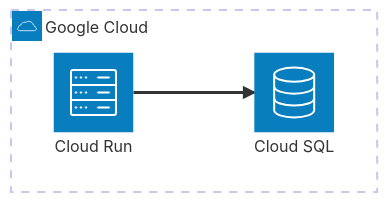
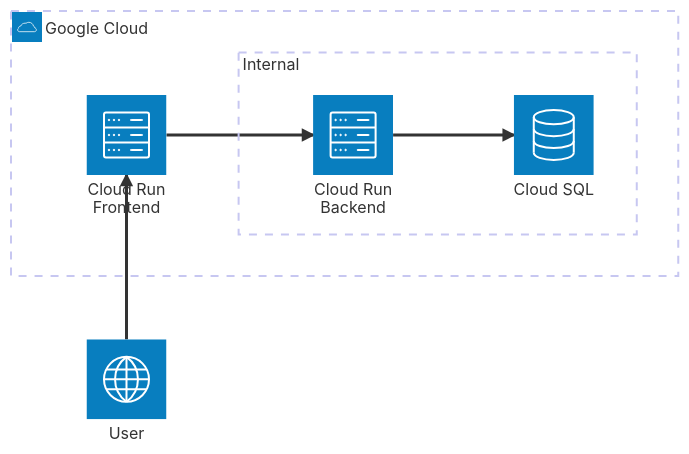
One commit to kanaru-ssk/payment-manager changed the diagram in docs/infrastructure.md. Above: the diagram before and after it, drawn with Mermaid. The commit also changed other lines of this file, not shown here.

Commit message:
インフラ構成図を更新

````diff
--- a/docs/infrastructure.md
+++ b/docs/infrastructure.md
@@ -3,9 +3,14 @@
 ```mermaid
 architecture-beta
     group google_cloud(cloud)[Google Cloud]
+    group internal[Internal] in google_cloud
 
-    service cloud_sql(database)[Cloud SQL] in google_cloud
-    service cloud_run(server)[Cloud Run] in google_cloud
+    service cloud_sql(database)[Cloud SQL] in internal
+    service cloud_run_be(server)[Cloud Run Backend] in internal
+    service cloud_run_fe(server)[Cloud Run Frontend] in google_cloud
+    service user(internet)[User]
 
-    cloud_run:R --> L:cloud_sql
+    cloud_run_be:R --> L:cloud_sql
+    cloud_run_fe:R --> L:cloud_run_be
+    user:T --> B:cloud_run_fe
 ```
````
